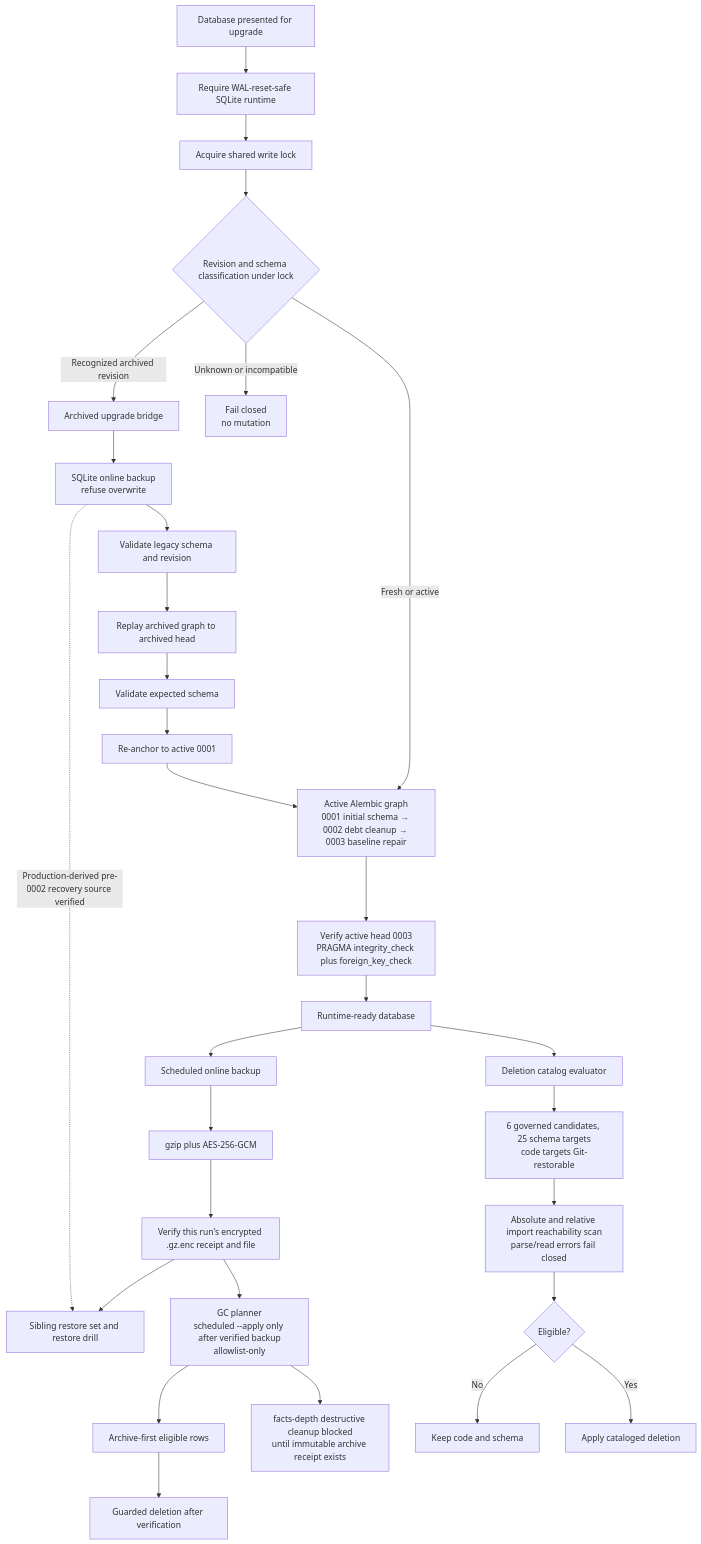
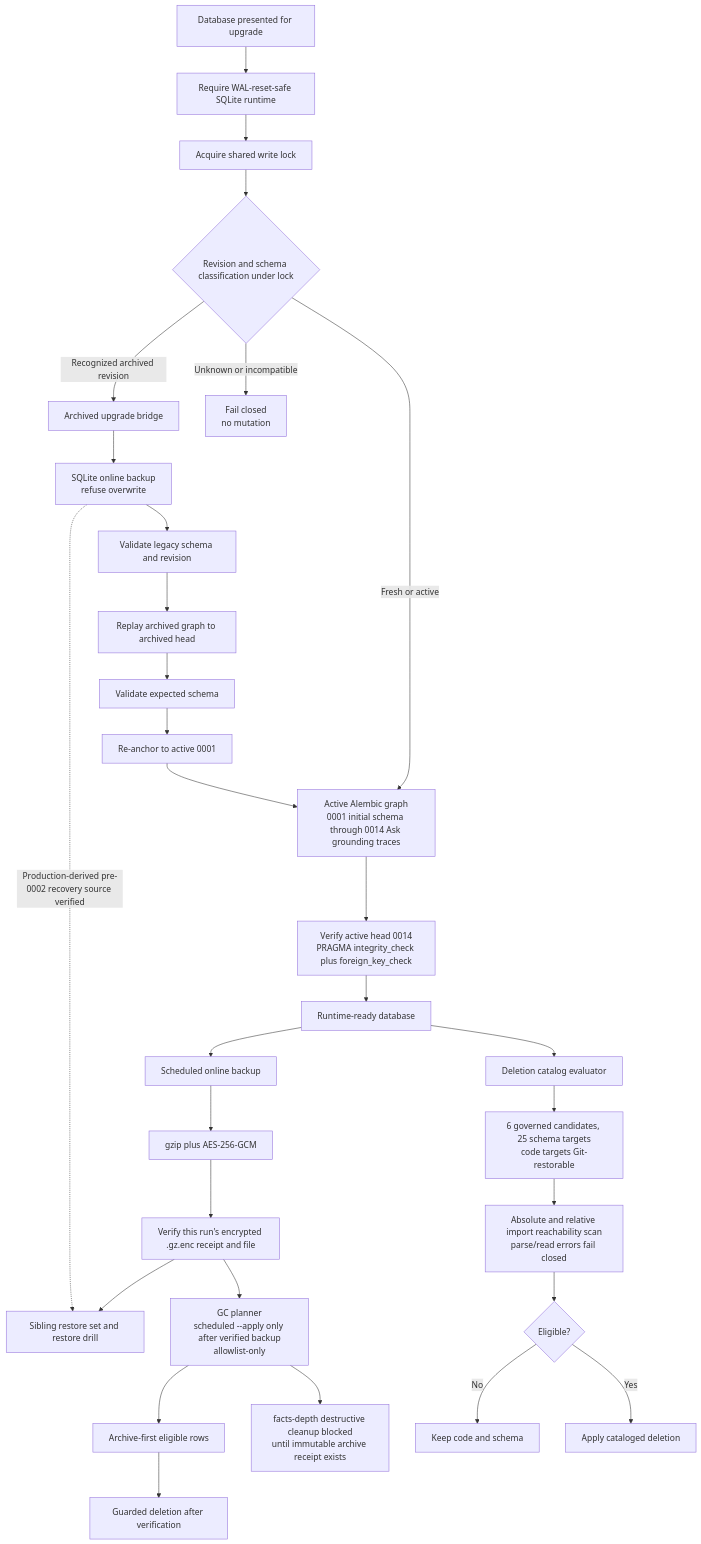
One commit to bhanunuthakki/earnings-summary changed the third of 3 diagrams in docs/architecture/backend_db_flows.md. Above: the diagram before and after it, drawn with Mermaid. The commit also changed other lines of this file and 21 other files, not shown here.

````diff
--- a/docs/architecture/backend_db_flows.md
+++ b/docs/architecture/backend_db_flows.md
@@ -173,32 +180,32 @@
 ```mermaid
 flowchart TB
     start["Database presented for upgrade"] --> runtime_gate["Require WAL-reset-safe SQLite runtime"]
     runtime_gate --> lock["Acquire shared write lock"]
     lock --> classify{"Revision and schema classification under lock"}
-    classify -->|"Fresh or active"| active["Active Alembic graph\n0001 initial schema → 0002 debt cleanup → 0003 baseline repair"]
+    classify -->|"Fresh or active"| active["Active Alembic graph\n0001 initial schema through 0014 Ask grounding traces"]
     classify -->|"Recognized archived revision"| bridge["Archived upgrade bridge"]
     classify -->|"Unknown or incompatible"| refuse["Fail closed\nno mutation"]
     bridge --> backup["SQLite online backup\nrefuse overwrite"]
     backup --> precheck["Validate legacy schema and revision"]
     precheck --> archived["Replay archived graph to archived head"]
     archived --> validate["Validate expected schema"]
     validate --> reanchor["Re-anchor to active 0001"]
     reanchor --> active
-    active --> integrity["Verify active head 0003\nPRAGMA integrity_check plus foreign_key_check"]
+    active --> integrity["Verify active head 0014\nPRAGMA integrity_check plus foreign_key_check"]
     integrity --> ready["Runtime-ready database"]
     ready --> scheduled_backup["Scheduled online backup"]
     scheduled_backup --> encrypt["gzip plus AES-256-GCM"]
     encrypt --> receipt["Verify this run's encrypted .gz.enc receipt and file"]
     receipt --> sibling["Sibling restore set and restore drill"]
     receipt --> gc["GC planner\nscheduled --apply only after verified backup\nallowlist-only"]
     gc --> archive_first["Archive-first eligible rows"]
     archive_first --> delete["Guarded deletion after verification"]
     gc --> blocked["facts-depth destructive cleanup blocked\nuntil immutable archive receipt exists"]
     ready --> deletion_eval["Deletion catalog evaluator"]
     deletion_eval --> targets["6 governed candidates, 25 schema targets\ncode targets Git-restorable"]
     targets --> import_scan["Absolute and relative import reachability scan\nparse/read errors fail closed"]
     import_scan --> eligibility{"Eligible?"}
     eligibility -->|"No"| refuse_delete["Keep code and schema"]
     eligibility -->|"Yes"| governed_delete["Apply cataloged deletion"]
     backup -. "Production-derived pre-0002 recovery source verified" .-> sibling
 ```
````
